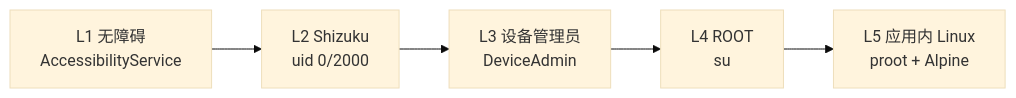
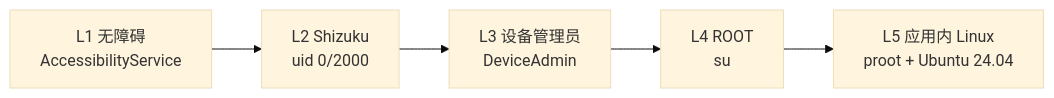
Before and after one commit to Quor-a/ZorvAI: the third of 3 diagrams in README.md, drawn with Mermaid (base theme). The commit also changed other lines of this file, not shown here.

Commit message:
docs: 更新 README 终端章节 — 修正为 proot + Ubuntu 24.04（移除 Alpine/NovaTerm 旧描述）

````diff
--- a/README.md
+++ b/README.md
@@ -890,7 +890,7 @@
 ```mermaid
 flowchart LR
     L1["L1 无障碍<br/>AccessibilityService"] --> L2["L2 Shizuku<br/>uid 0/2000"]
     L2 --> L3["L3 设备管理员<br/>DeviceAdmin"]
     L3 --> L4["L4 ROOT<br/>su"]
-    L4 --> L5["L5 应用内 Linux<br/>proot + Alpine"]
+    L4 --> L5["L5 应用内 Linux<br/>proot + Ubuntu 24.04"]
 ```
````
